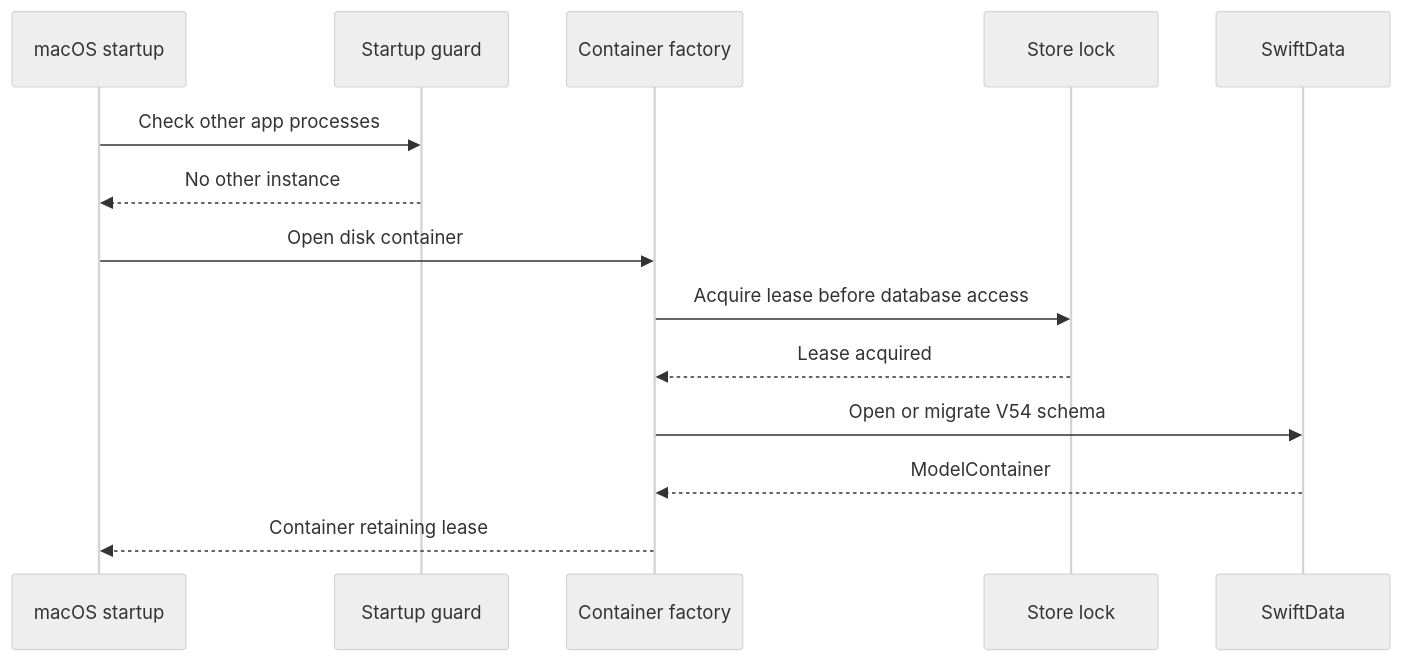
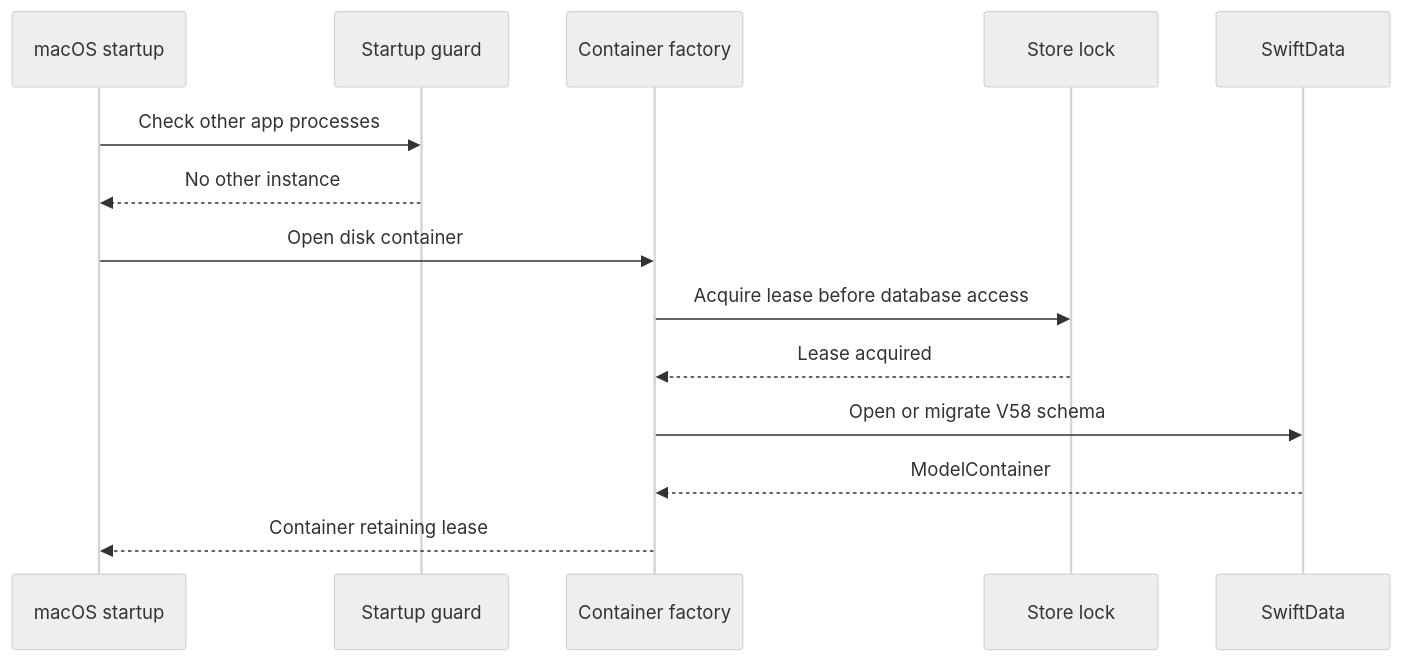
One commit to AkinoKaede/Termind changed the second of 5 diagrams in openwiki/testing/behavioral-boundaries-and-fixtures.md. Above: the diagram before and after it, drawn with Mermaid (neutral theme). The commit also changed other lines of this file and 67 other files, not shown here.

````diff
--- a/openwiki/testing/behavioral-boundaries-and-fixtures.md
+++ b/openwiki/testing/behavioral-boundaries-and-fixtures.md
@@ -215,16 +236,16 @@
 ```mermaid
 sequenceDiagram
     participant App as macOS startup
     participant Guard as Startup guard
     participant Factory as Container factory
     participant Lock as Store lock
     participant DB as SwiftData
     App->>Guard: Check other app processes
     Guard-->>App: No other instance
     App->>Factory: Open disk container
     Factory->>Lock: Acquire lease before database access
     Lock-->>Factory: Lease acquired
-    Factory->>DB: Open or migrate V54 schema
+    Factory->>DB: Open or migrate V58 schema
     DB-->>Factory: ModelContainer
     Factory-->>App: Container retaining lease
 ```
````
